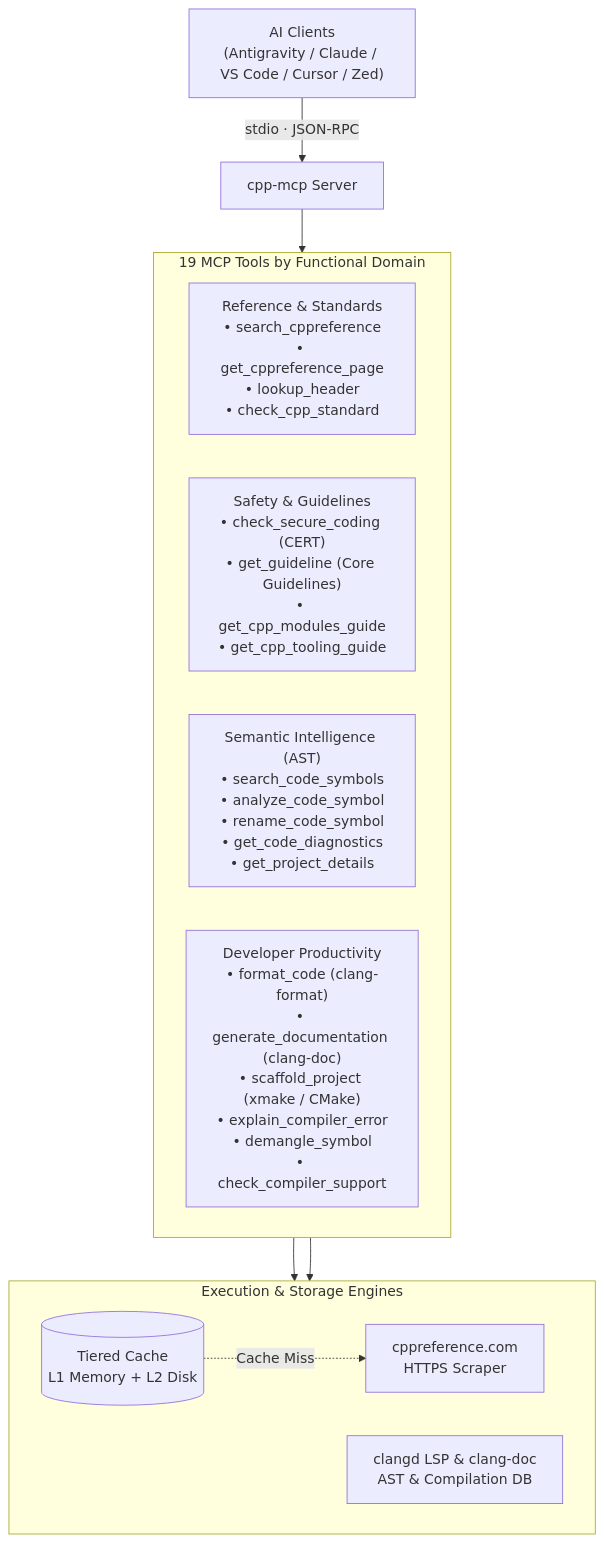
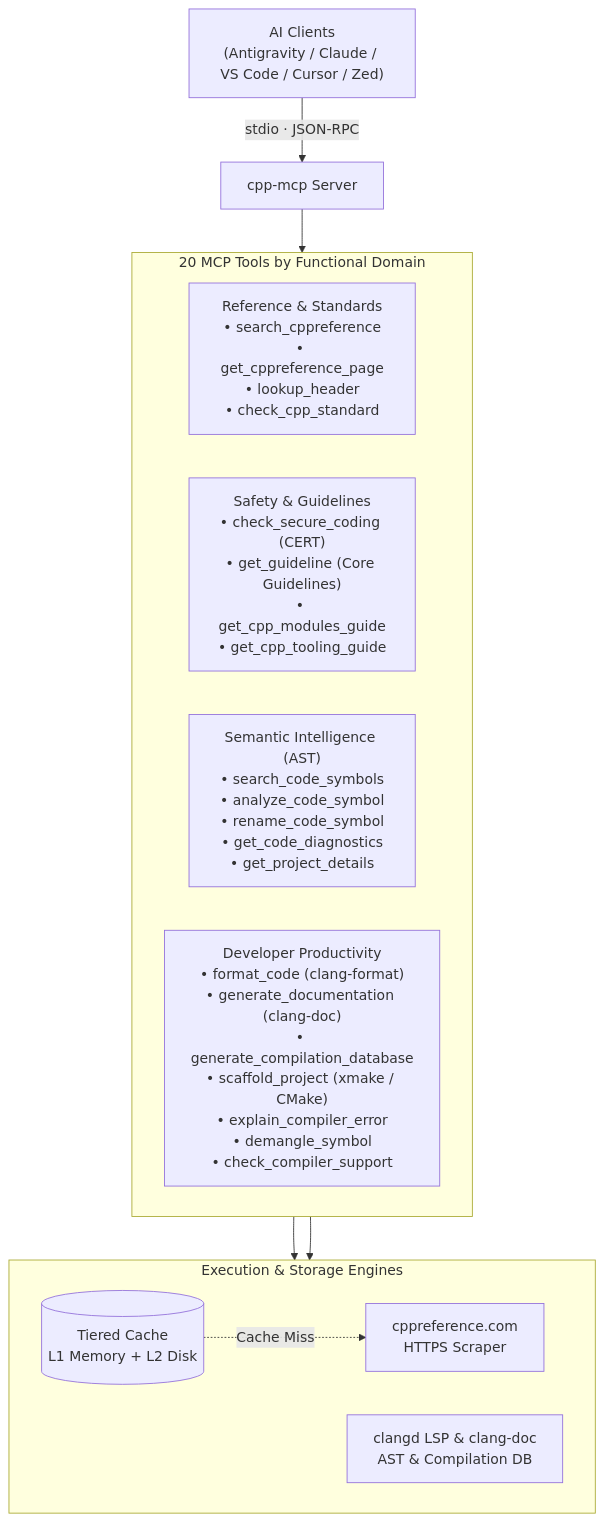
One commit to CHOCEK-RB/cpp-mcp changed the diagram in README.md. Above: the diagram before and after it, drawn with Mermaid. The commit also changed other lines of this file and 5 other files, not shown here.

Commit message:
feat(compile-db): add generate_compilation_database tool and CLI compile-db command

````diff
--- a/README.md
+++ b/README.md
@@ -17,24 +17,24 @@
 ```mermaid
 flowchart TB
     Client["AI Clients\n(Antigravity / Claude / VS Code / Cursor / Zed)"] -->|stdio · JSON-RPC| Server["cpp-mcp Server"]
 
-    subgraph Tools ["19 MCP Tools by Functional Domain"]
+    subgraph Tools ["20 MCP Tools by Functional Domain"]
         direction LR
         D1["Reference & Standards\n• search_cppreference\n• get_cppreference_page\n• lookup_header\n• check_cpp_standard"]
         D2["Safety & Guidelines\n• check_secure_coding (CERT)\n• get_guideline (Core Guidelines)\n• get_cpp_modules_guide\n• get_cpp_tooling_guide"]
         D3["Semantic Intelligence (AST)\n• search_code_symbols\n• analyze_code_symbol\n• rename_code_symbol\n• get_code_diagnostics\n• get_project_details"]
-        D4["Developer Productivity\n• format_code (clang-format)\n• generate_documentation (clang-doc)\n• scaffold_project (xmake / CMake)\n• explain_compiler_error\n• demangle_symbol\n• check_compiler_support"]
+        D4["Developer Productivity\n• format_code (clang-format)\n• generate_documentation (clang-doc)\n• generate_compilation_database\n• scaffold_project (xmake / CMake)\n• explain_compiler_error\n• demangle_symbol\n• check_compiler_support"]
     end
 
     subgraph Backends ["Execution & Storage Engines"]
         direction LR
         Cache[("Tiered Cache\nL1 Memory + L2 Disk")]
         LSP["clangd LSP & clang-doc\nAST & Compilation DB"]
         Web["cppreference.com\nHTTPS Scraper"]
     end
 
     Server --> Tools
     D1 --> Cache
     D3 --> LSP
     Cache -.->|Cache Miss| Web
 ```
````
